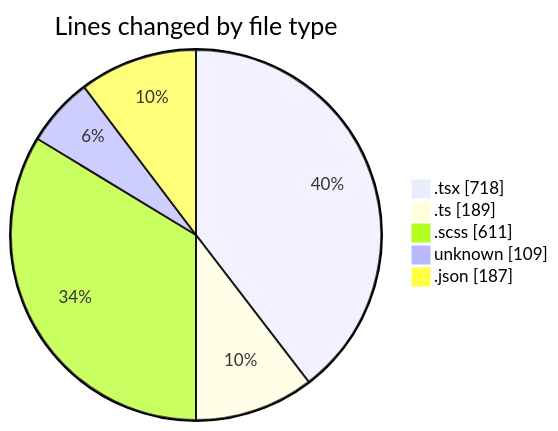
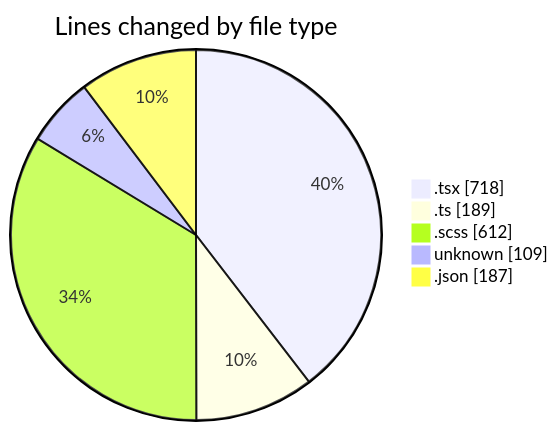
Before and after one commit to momahboobian/code-tracking: the first of 2 diagrams in 2026-04-15/cda/README.md, drawn with Mermaid. The commit also changed other lines of this file and 1 other file, not shown here.

````diff
--- a/2026-04-15/cda/README.md
+++ b/2026-04-15/cda/README.md
@@ -34,9 +34,9 @@
 ```mermaid
 pie showData
 title Lines changed by file type
 ".tsx" : 718
 ".ts" : 189
-".scss" : 611
+".scss" : 612
 "unknown" : 109
 ".json" : 187
 ```
````
